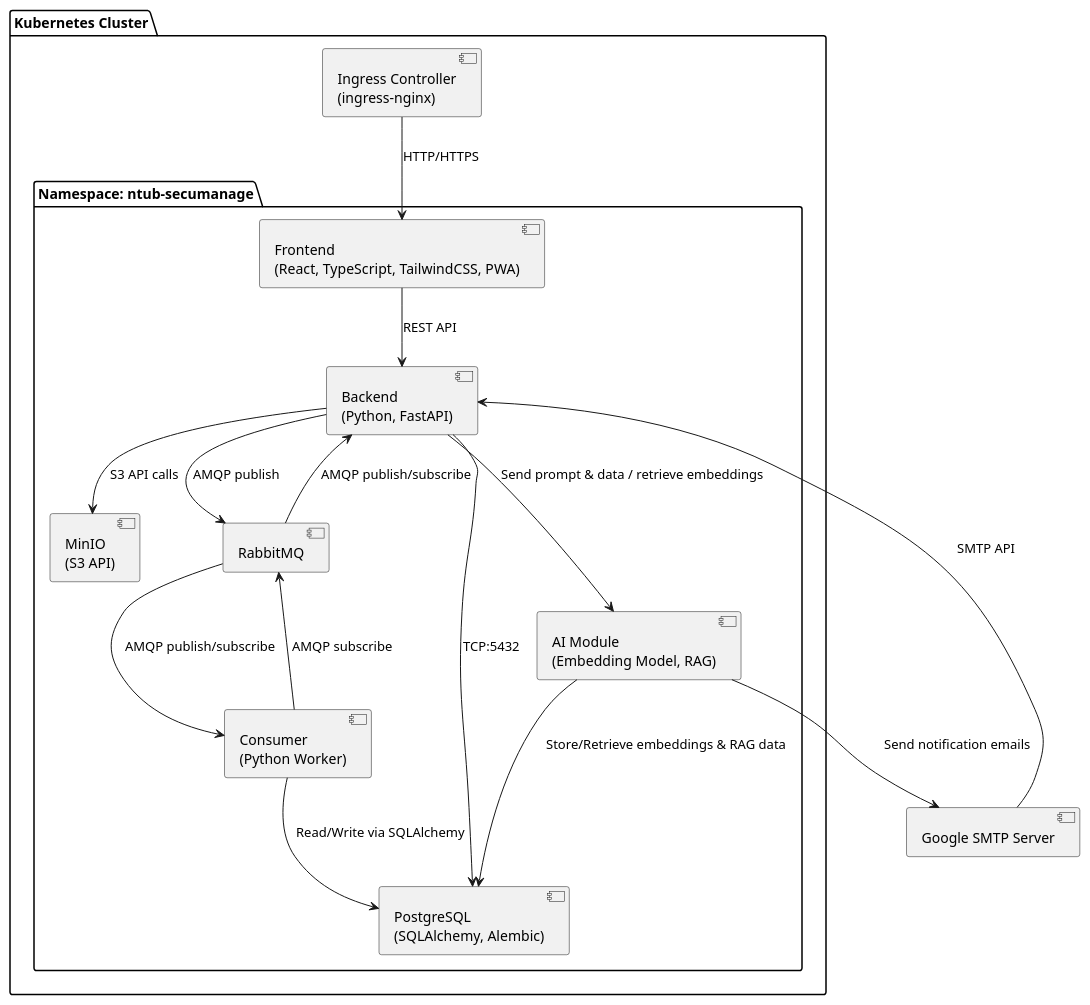
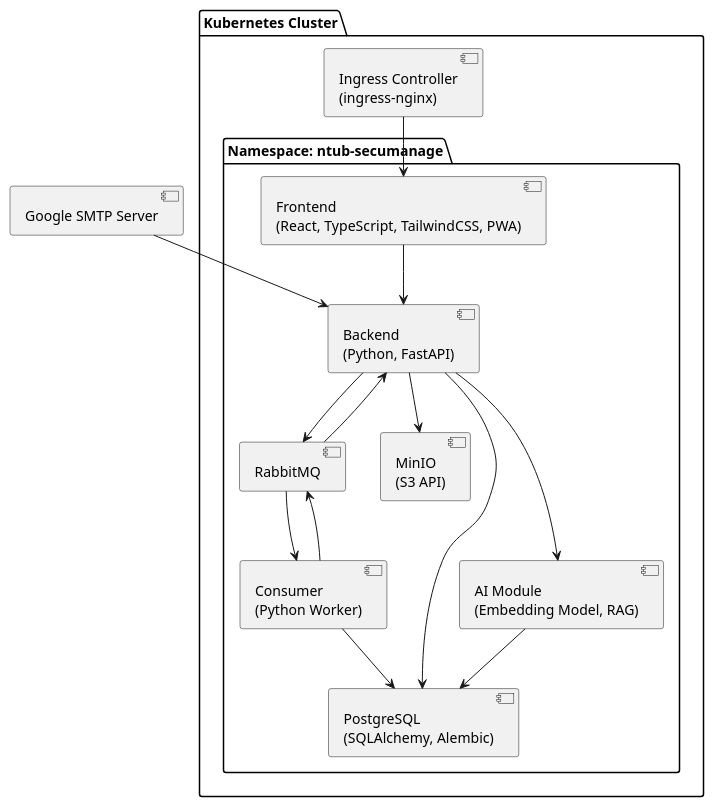
Before and after one commit to walle45611/NTUB_SecuManag_Diagram: the diagram in plantUML/component/component.puml, drawn with PlantUML.

Commit message:
(modify):元件圖調整

```diff
--- a/plantUML/component/component.puml
+++ b/plantUML/component/component.puml
@@ -1,39 +1,38 @@
 @startuml
 
 package "Kubernetes Cluster" {
   component "Ingress Controller\n(ingress-nginx)" as Ingress
 
   package "Namespace: ntub-secumanage" {
     component "Frontend\n(React, TypeScript, TailwindCSS, PWA)" as Frontend
 
     component "Backend\n(Python, FastAPI)" as Backend
 
     component "RabbitMQ" as RabbitMQ
 
     component "MinIO\n(S3 API)" as MinIO
 
     component "PostgreSQL\n(SQLAlchemy, Alembic)" as Database
 
     component "Consumer\n(Python Worker)" as Consumer
 
     component "AI Module\n(Embedding Model, RAG)" as AIModule
   }
 }
 
 component "Google SMTP Server" as SMTP
 
-Ingress --> Frontend : "HTTP/HTTPS"
-Frontend --> Backend : "REST API"
-Backend --> RabbitMQ : "AMQP publish"
-Consumer --> RabbitMQ : "AMQP subscribe"
-Consumer --> Database : "Read/Write via SQLAlchemy"
-Backend --> MinIO : "S3 API calls"
-Backend --> Database : "TCP:5432"
-Backend --> AIModule : "Send prompt & data / retrieve embeddings"
-AIModule --> Database : "Store/Retrieve embeddings & RAG data"
-AIModule --> SMTP : "Send notification emails"
-SMTP --> Backend : "SMTP API"
-RabbitMQ --> Consumer : "AMQP publish/subscribe"
-RabbitMQ --> Backend : "AMQP publish/subscribe"
+Ingress --> Frontend
+Frontend --> Backend
+Backend --> RabbitMQ
+Consumer --> RabbitMQ
+Consumer --> Database
+Backend --> MinIO
+Backend --> Database
+Backend --> AIModule
+AIModule --> Database
+SMTP --> Backend
+RabbitMQ --> Consumer
+RabbitMQ --> Backend
 
 @enduml
```
